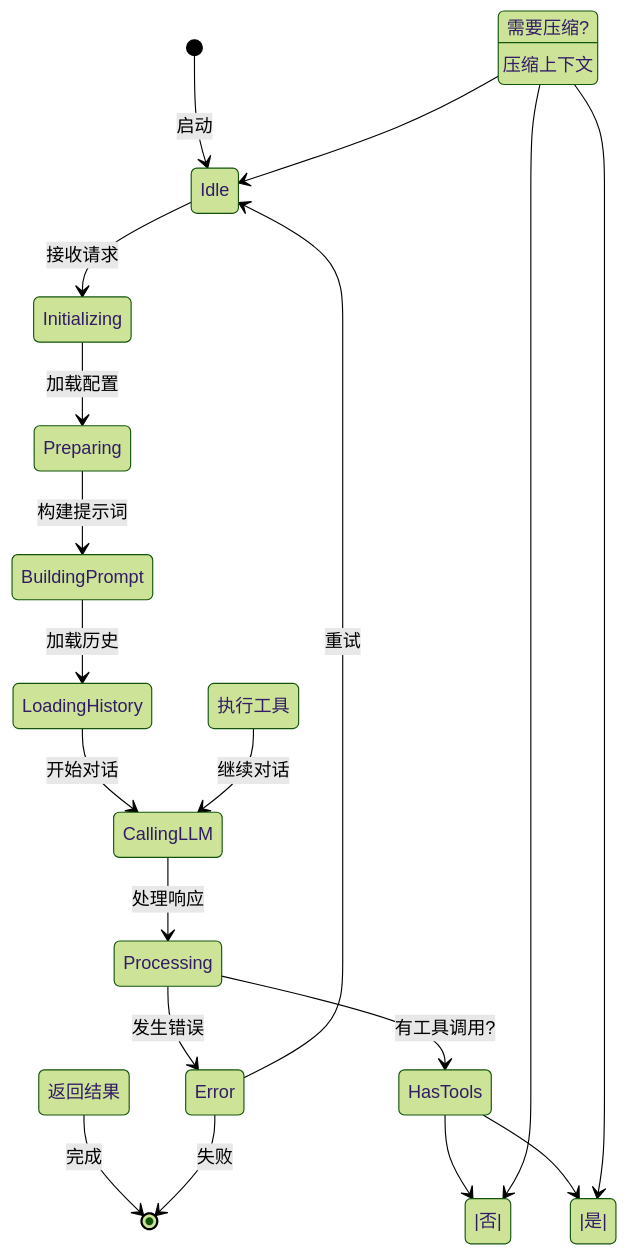
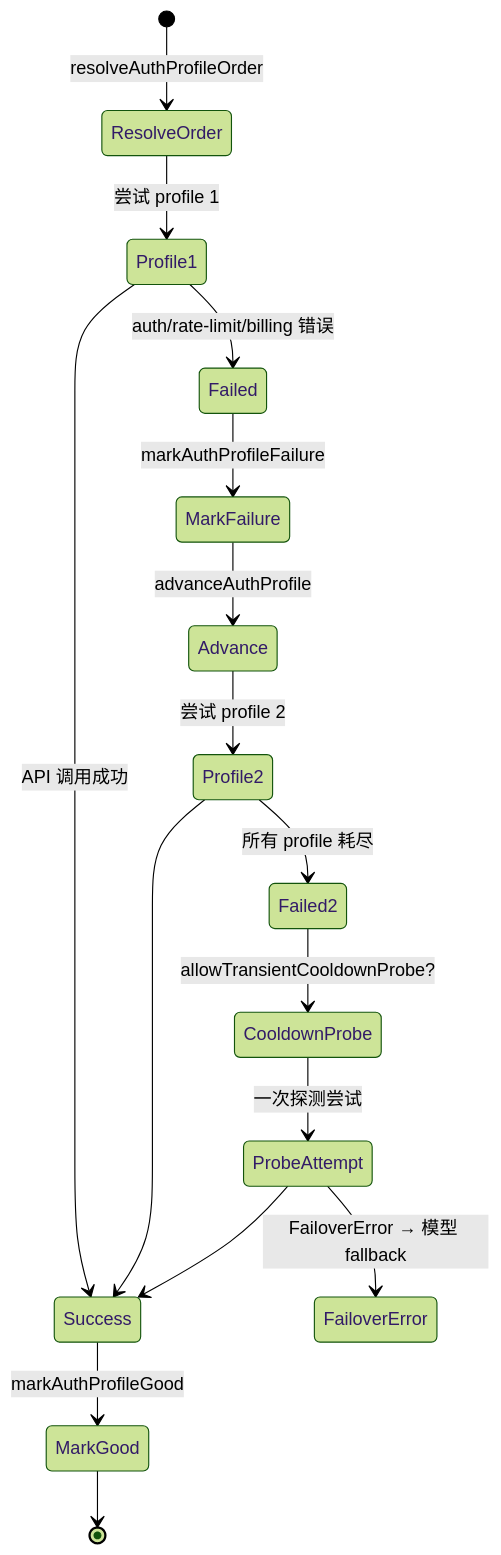
The third of 11 diagrams in openclaw/OPENCLAW-AGENT-LOOP.md (caicongyang/bloger), drawn with Mermaid (forest theme) before and after one commit. The commit also changed other lines of this file and 13 other files, not shown here.

````diff
--- a/openclaw/OPENCLAW-AGENT-LOOP.md
+++ b/openclaw/OPENCLAW-AGENT-LOOP.md
@@ -767,27 +120,18 @@
 ```mermaid
 stateDiagram-v2
-    [*] --> Idle: 启动
-    
-    Idle --> Initializing: 接收请求
-    Initializing --> Preparing: 加载配置
-    Preparing --> BuildingPrompt: 构建提示词
-    BuildingPrompt --> LoadingHistory: 加载历史
-    
-    LoadingHistory --> CallingLLM: 开始对话
-    CallingLLM --> Processing: 处理响应
-    
-    Processing --> HasTools: 有工具调用?
-    HasTools -->|是| Executing: 执行工具
-    Executing --> CallingLLM: 继续对话
-    
-    HasTools -->|否| Compacting: 需要压缩?
-    Compacting -->|是| Compacting: 压缩上下文
-    Compacting --> Idle
-    
-    Compacting -->|否| Returning: 返回结果
-    Returning --> [*]: 完成
-    
-    Processing --> Error: 发生错误
-    Error --> Idle: 重试
-    Error --> [*]: 失败
+    [*] --> ResolveOrder: resolveAuthProfileOrder
+    ResolveOrder --> Profile1: 尝试 profile 1
+    Profile1 --> Success: API 调用成功
+    Profile1 --> Failed: auth/rate-limit/billing 错误
+    Failed --> MarkFailure: markAuthProfileFailure
+    MarkFailure --> Advance: advanceAuthProfile
+    Advance --> Profile2: 尝试 profile 2
+    Profile2 --> Success
+    Profile2 --> Failed2: 所有 profile 耗尽
+    Failed2 --> CooldownProbe: allowTransientCooldownProbe?
+    CooldownProbe --> ProbeAttempt: 一次探测尝试
+    ProbeAttempt --> Success
+    ProbeAttempt --> FailoverError: FailoverError → 模型 fallback
+    Success --> MarkGood: markAuthProfileGood
+    MarkGood --> [*]
 ```
````
